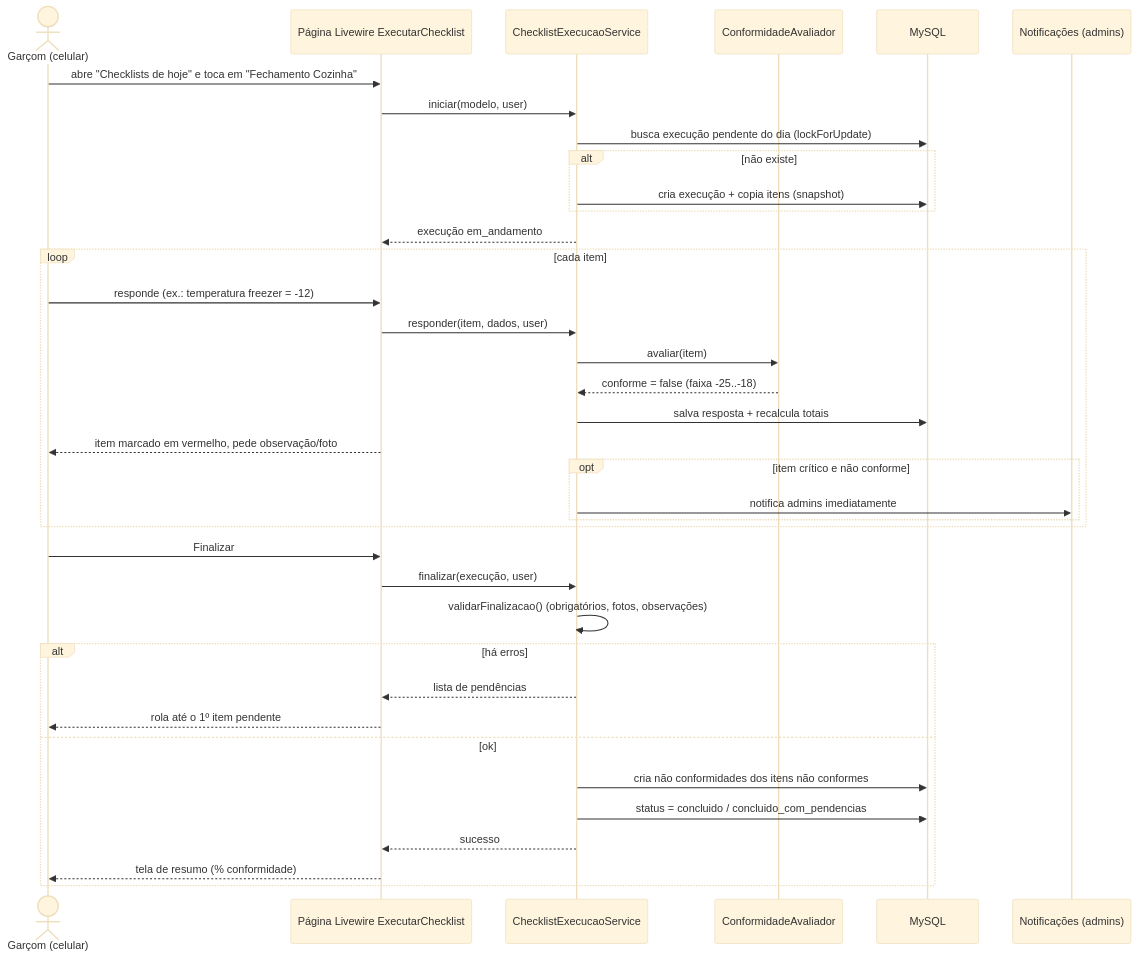
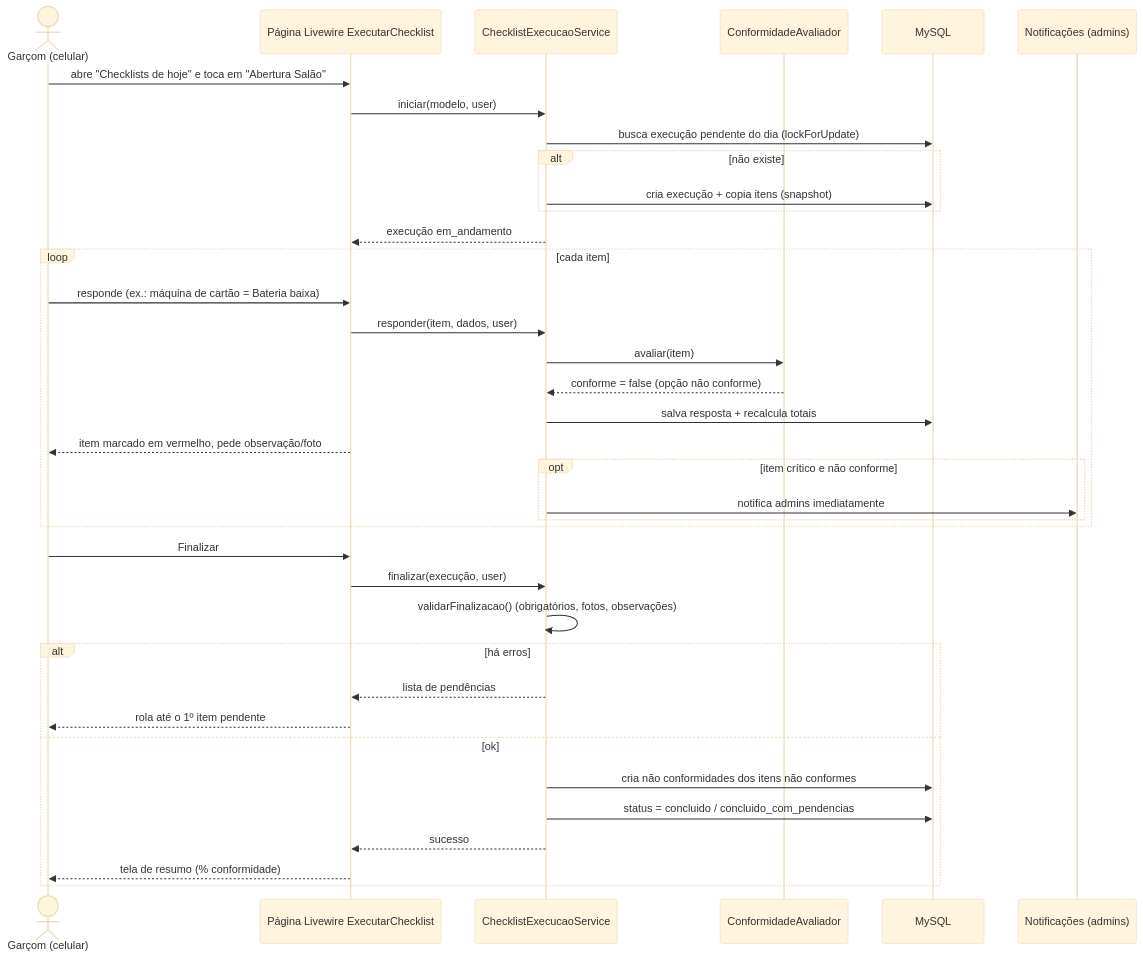
One commit to gui120599/Pizzaria-App changed the fourth of 6 diagrams in docs/modulo-checklists.md. Above: the diagram before and after it, drawn with Mermaid (base theme). The commit also changed other lines of this file and 32 other files, not shown here.

````diff
--- a/docs/modulo-checklists.md
+++ b/docs/modulo-checklists.md
@@ -301,40 +321,40 @@
 ```mermaid
 sequenceDiagram
     actor G as Garçom (celular)
     participant P as Página Livewire ExecutarChecklist
     participant S as ChecklistExecucaoService
     participant A as ConformidadeAvaliador
     participant DB as MySQL
     participant N as Notificações (admins)
 
-    G->>P: abre "Checklists de hoje" e toca em "Fechamento Cozinha"
+    G->>P: abre "Checklists de hoje" e toca em "Abertura Salão"
     P->>S: iniciar(modelo, user)
     S->>DB: busca execução pendente do dia (lockForUpdate)
     alt não existe
         S->>DB: cria execução + copia itens (snapshot)
     end
     S-->>P: execução em_andamento
     loop cada item
-        G->>P: responde (ex.: temperatura freezer = -12)
+        G->>P: responde (ex.: máquina de cartão = Bateria baixa)
         P->>S: responder(item, dados, user)
         S->>A: avaliar(item)
-        A-->>S: conforme = false (faixa -25..-18)
+        A-->>S: conforme = false (opção não conforme)
         S->>DB: salva resposta + recalcula totais
         P-->>G: item marcado em vermelho, pede observação/foto
         opt item crítico e não conforme
             S->>N: notifica admins imediatamente
         end
     end
     G->>P: Finalizar
     P->>S: finalizar(execução, user)
     S->>S: validarFinalizacao() (obrigatórios, fotos, observações)
     alt há erros
         S-->>P: lista de pendências
         P-->>G: rola até o 1º item pendente
     else ok
         S->>DB: cria não conformidades dos itens não conformes
         S->>DB: status = concluido / concluido_com_pendencias
         S-->>P: sucesso
         P-->>G: tela de resumo (% conformidade)
     end
 ```
````
